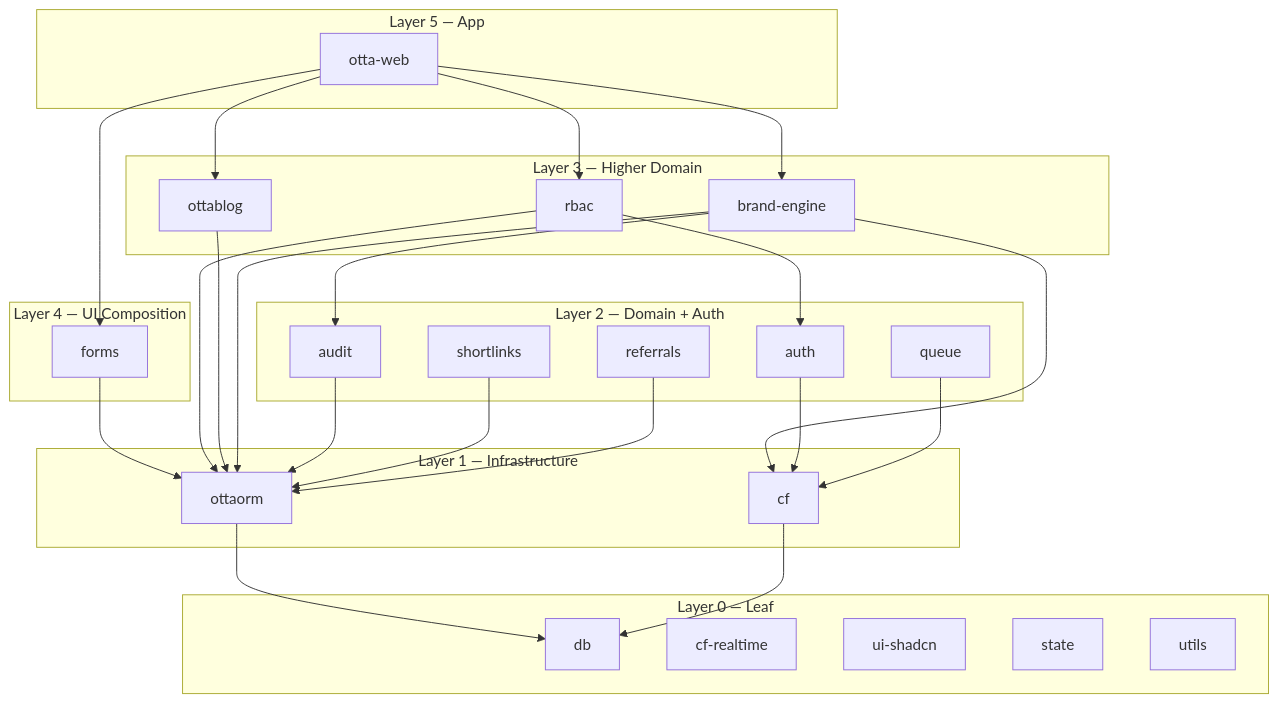
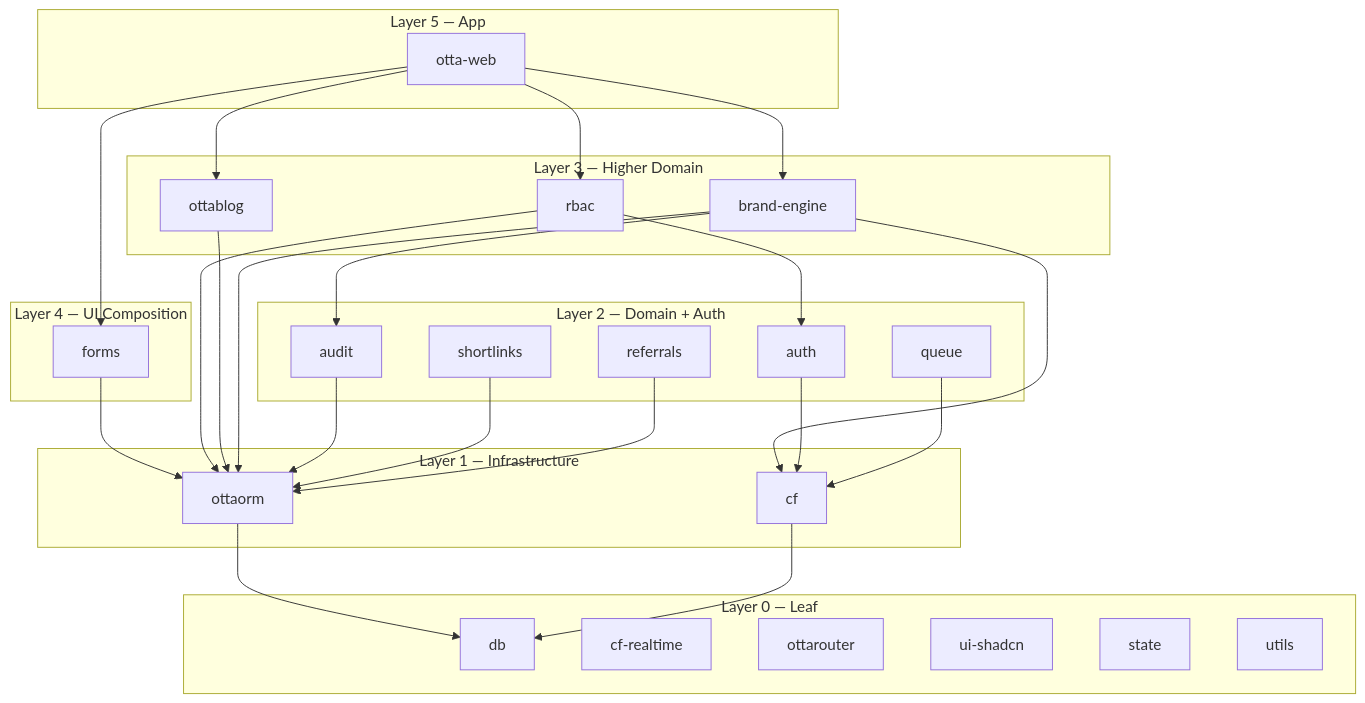
Before and after one commit to thinkdj/ottabase: the second of 13 diagrams in ARCHITECTURE.md, drawn with Mermaid. The commit also changed other lines of this file and 20 other files, not shown here.

````diff
--- a/ARCHITECTURE.md
+++ b/ARCHITECTURE.md
@@ -55,50 +55,51 @@
 ```mermaid
 flowchart TD
     subgraph L5 [Layer 5 — App]
         App["otta-web"]
     end
 
     subgraph L4 [Layer 4 — UI Composition]
         forms
     end
 
     subgraph L3 [Layer 3 — Higher Domain]
         rbac
         ottablog
         brandEngine["brand-engine"]
     end
 
     subgraph L2 [Layer 2 — Domain + Auth]
         auth
         queue
         audit
         shortlinks
         referrals
     end
 
     subgraph L1 [Layer 1 — Infrastructure]
         cf
         ottaorm
     end
 
     subgraph L0 [Layer 0 — Leaf]
         db
         cfRealtime["cf-realtime"]
+        ottarouter
         uiShadcn["ui-shadcn"]
         state
         utils
     end
 
     App --> forms & rbac & ottablog & brandEngine
     forms --> ottaorm
     rbac --> ottaorm & auth
     ottablog --> ottaorm
     brandEngine --> ottaorm & cf & audit
     auth --> cf
     queue --> cf
     audit --> ottaorm
     shortlinks --> ottaorm
     referrals --> ottaorm
     ottaorm --> db
     cf --> db
 ```
````
